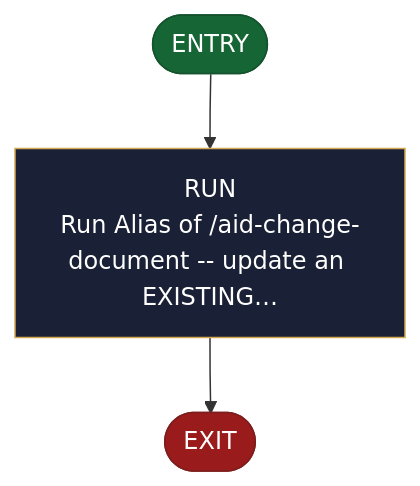
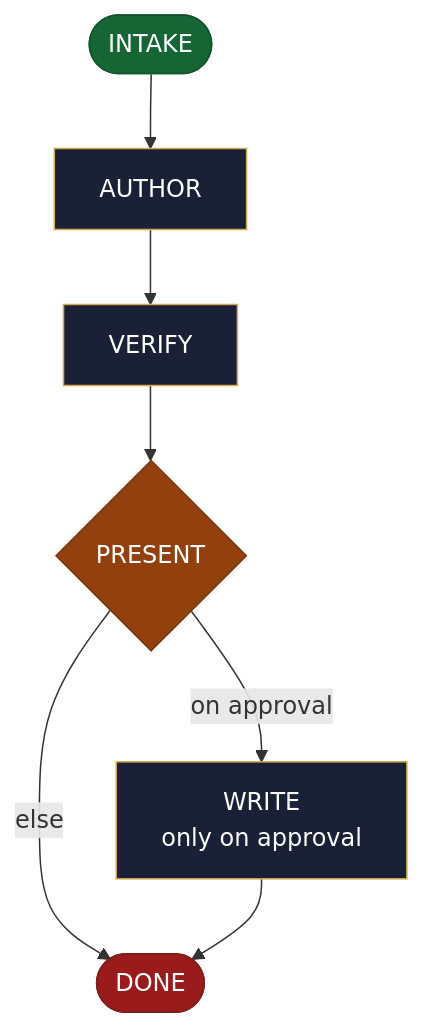
One commit to AndreVianna/aid-methodology changed the diagram in site/src/content/docs/skills/aid-update-document.md. Above: the diagram before and after it, drawn with Mermaid. The commit also changed other lines of this file and 99 other files, not shown here.

````diff
--- a/site/src/content/docs/skills/aid-update-document.md
+++ b/site/src/content/docs/skills/aid-update-document.md
@@ -22,20 +20,33 @@
 ```mermaid
 flowchart TB
   classDef aidNode color:#fff
   classDef aidEntry fill:#166534,stroke:#14532d,color:#fff
   classDef aidExit fill:#991b1b,stroke:#7f1d1d,color:#fff
   classDef aidDecision fill:#92400e,stroke:#78350f,color:#fff
   classDef aidLoopBack fill:#1e3a8a,stroke:#1e3a8a,color:#fff
   classDef aidStep fill:#1a2035,stroke:#d4a853,color:#f1f5f9
-  n1(["ENTRY"])
-  n2["RUN<br/>Run Alias of /aid-change-document -- update an EXISTING…"]
-  n3(["EXIT"])
+  n1(["INTAKE"])
+  n2["AUTHOR"]
+  n3["VERIFY"]
+  n4{"PRESENT"}
+  n5["WRITE<br/>only on approval"]
+  n6(["DONE"])
   n1 --> n2
   n2 --> n3
+  n3 --> n4
+  n4 -->|"on approval"| n5
+  n4 -->|"else"| n6
+  n5 --> n6
   class n1 aidEntry
   class n2 aidStep
-  class n3 aidExit
+  class n3 aidStep
+  class n4 aidDecision
+  class n5 aidStep
+  class n6 aidExit
   class n1 aidNode
   class n2 aidNode
   class n3 aidNode
+  class n4 aidNode
+  class n5 aidNode
+  class n6 aidNode
 ```
````
